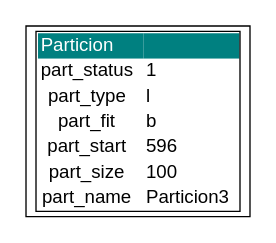
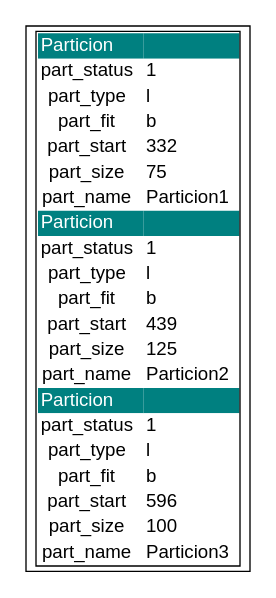
One commit to luis-tavico/MIA_2SP1_202000562 changed the diagram in reportes/reporte_ebr.dot. Above: the diagram before and after it, drawn with Graphviz. The commit also changed 7 other files, not shown here.

```diff
--- a/reportes/reporte_ebr.dot
+++ b/reportes/reporte_ebr.dot
@@ -1,24 +1,92 @@
 digraph G {
   subgraph cluster { margin="0.0" penwidth="1.0"
     tbl [shape=none fontname="Arial" label=<
         <table border="1" cellborder="0" cellspacing="0">
         <tr>
             <td bgcolor="teal" align="left"><font color="white"> Particion </font></td>
             <td bgcolor="teal" align="left"><font color="white"> </font></td>
         </tr>
         <tr>
-            <td bgcolor="white" align="center"> part_status </td>            <td bgcolor="white" align="left"> 1 </td>        </tr>
+            <td bgcolor="white" align="center"> part_status </td>
+            <td bgcolor="white" align="left"> 1 </td>
+        </tr>
         <tr>
-            <td bgcolor="white" align="center"> part_type </td>            <td bgcolor="white" align="left"> l </td>        </tr>
+            <td bgcolor="white" align="center"> part_type </td>
+            <td bgcolor="white" align="left"> l </td>
+        </tr>
         <tr>
-            <td bgcolor="white" align="center"> part_fit </td>            <td bgcolor="white" align="left"> b </td>        </tr>
+            <td bgcolor="white" align="center"> part_fit </td>
+            <td bgcolor="white" align="left"> b </td>
+        </tr>
         <tr>
-            <td bgcolor="white" align="center"> part_start </td>            <td bgcolor="white" align="left"> 596 </td>        </tr>
+            <td bgcolor="white" align="center"> part_start </td>
+            <td bgcolor="white" align="left"> 332 </td>
+        </tr>
         <tr>
-            <td bgcolor="white" align="center"> part_size </td>            <td bgcolor="white" align="left"> 100 </td>        </tr>
+            <td bgcolor="white" align="center"> part_size </td>
+            <td bgcolor="white" align="left"> 75 </td>
+        </tr>
         <tr>
-            <td bgcolor="white" align="center"> part_name </td>            <td bgcolor="white" align="left"> Particion3 </td>        </tr>
+            <td bgcolor="white" align="center"> part_name </td>
+            <td bgcolor="white" align="left"> Particion1 </td>
+        </tr>
+        <tr>
+            <td bgcolor="teal" align="left"><font color="white"> Particion </font></td>
+            <td bgcolor="teal" align="left"><font color="white"> </font></td>
+        </tr>
+        <tr>
+            <td bgcolor="white" align="center"> part_status </td>
+            <td bgcolor="white" align="left"> 1 </td>
+        </tr>
+        <tr>
+            <td bgcolor="white" align="center"> part_type </td>
+            <td bgcolor="white" align="left"> l </td>
+        </tr>
+        <tr>
+            <td bgcolor="white" align="center"> part_fit </td>
+            <td bgcolor="white" align="left"> b </td>
+        </tr>
+        <tr>
+            <td bgcolor="white" align="center"> part_start </td>
+            <td bgcolor="white" align="left"> 439 </td>
+        </tr>
+        <tr>
+            <td bgcolor="white" align="center"> part_size </td>
+            <td bgcolor="white" align="left"> 125 </td>
+        </tr>
+        <tr>
+            <td bgcolor="white" align="center"> part_name </td>
+            <td bgcolor="white" align="left"> Particion2 </td>
+        </tr>
+        <tr>
+            <td bgcolor="teal" align="left"><font color="white"> Particion </font></td>
+            <td bgcolor="teal" align="left"><font color="white"> </font></td>
+        </tr>
+        <tr>
+            <td bgcolor="white" align="center"> part_status </td>
+            <td bgcolor="white" align="left"> 1 </td>
+        </tr>
+        <tr>
+            <td bgcolor="white" align="center"> part_type </td>
+            <td bgcolor="white" align="left"> l </td>
+        </tr>
+        <tr>
+            <td bgcolor="white" align="center"> part_fit </td>
+            <td bgcolor="white" align="left"> b </td>
+        </tr>
+        <tr>
+            <td bgcolor="white" align="center"> part_start </td>
+            <td bgcolor="white" align="left"> 596 </td>
+        </tr>
+        <tr>
+            <td bgcolor="white" align="center"> part_size </td>
+            <td bgcolor="white" align="left"> 100 </td>
+        </tr>
+        <tr>
+            <td bgcolor="white" align="center"> part_name </td>
+            <td bgcolor="white" align="left"> Particion3 </td>
+        </tr>
         </table>
     >];
   }
 }
```
